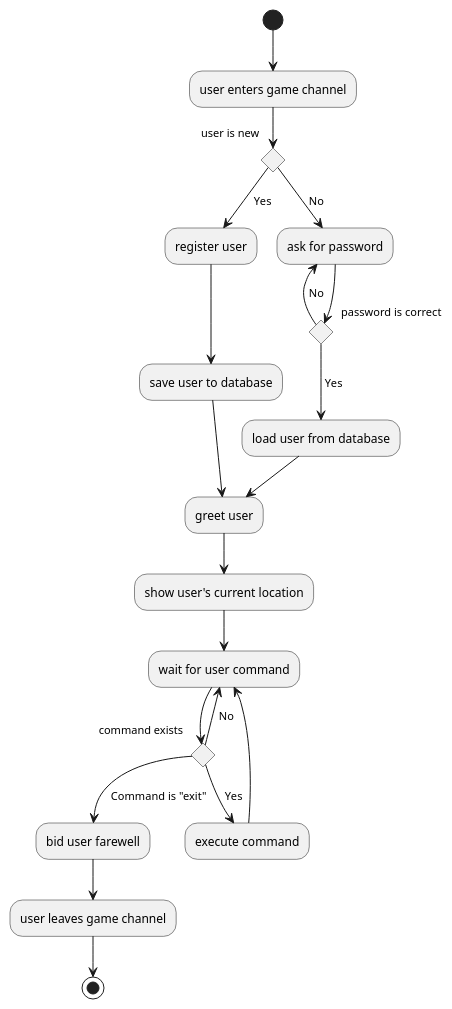
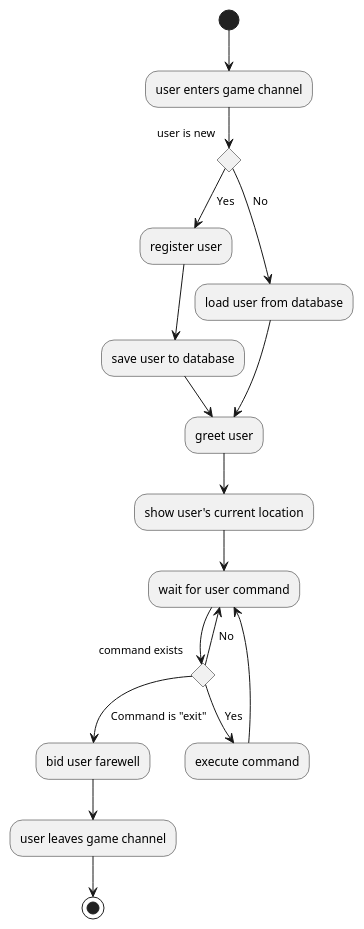
Before and after one commit to vehsamrak/telegramud: the diagram in documentation/workflow.puml, drawn with PlantUML.

Commit message:
Game workflow diagram without login and password

```diff
--- a/documentation/workflow.puml
+++ b/documentation/workflow.puml
@@ -1,34 +1,28 @@
 @startuml
 
 (*)  --> "user enters game channel"
 
 If "user is new" then
     --> [ Yes ] "register user"
     --> "save user to database"
     --> "greet user"
 else
-    --> [ No ] "ask for password"
+    --> [ No ] "load user from database"
+    --> "greet user"
+Endif
 
-        If "password is correct" then
-            --> [ Yes ] "load user from database"
-            --> "greet user"
+--> "show user's current location"
+--> "wait for user command"
 
-            --> "show user's current location"
-            --> "wait for user command"
-
-            If "command exists" then
-                --> [ Yes ] "execute command"
-                --> "wait for user command"
-            else
-                --> [ No ] "wait for user command"
-            else
-                --> [ Command is "exit" ] "bid user farewell"
-                --> "user leaves game channel"
-                -->(*)
-            Endif
-        else
-            --> [ No ] "ask for password"
-        Endif
+If "command exists" then
+    --> [ Yes ] "execute command"
+    --> "wait for user command"
+else
+    --> [ No ] "wait for user command"
+else
+    --> [ Command is "exit" ] "bid user farewell"
+    --> "user leaves game channel"
+    -->(*)
 Endif
 
 @enduml
```
